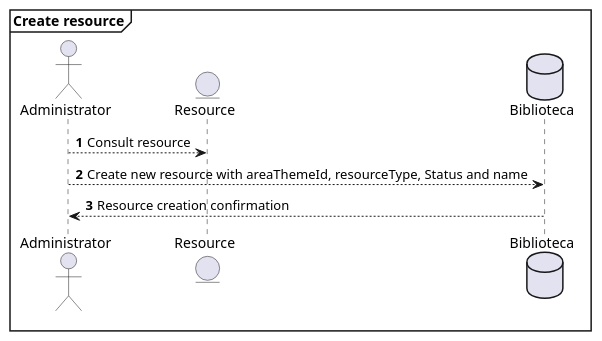
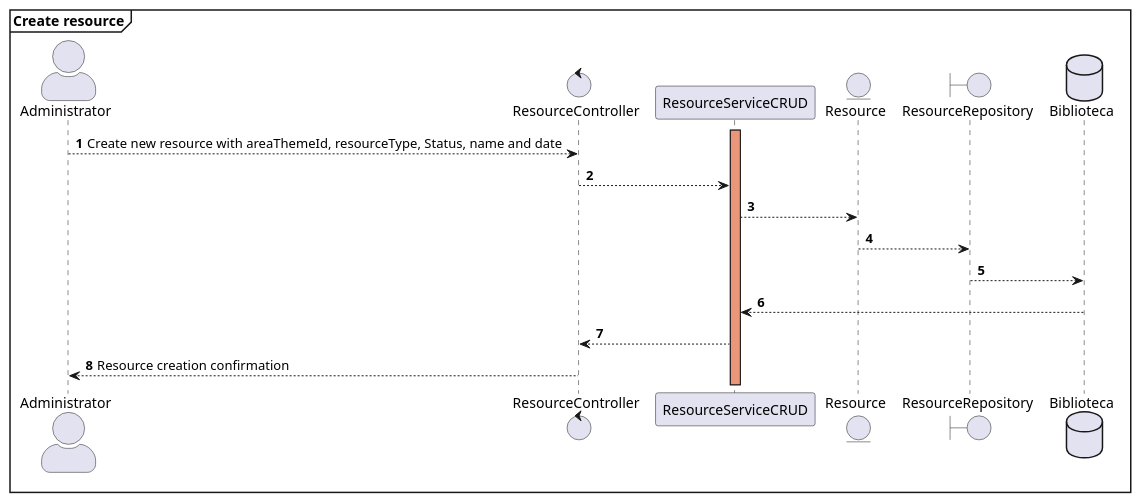
The diagram in src/main/java/com/example/biblioteca/DiagramsUML/CreateResourceDS.puml (Yurday/Biblioteca-SBMongoDB), drawn with PlantUML before and after one commit. The commit also changed 1 other file, not shown here.

Commit message:
Complementación de los Diagramas de secuencia

```diff
--- a/src/main/java/com/example/biblioteca/DiagramsUML/CreateResourceDS.puml
+++ b/src/main/java/com/example/biblioteca/DiagramsUML/CreateResourceDS.puml
@@ -1,15 +1,25 @@
 @startuml
 'https://plantuml.com/sequence-diagram
 
 autonumber
+skinparam actorStyle awesome
 mainframe **Create resource**
 
 actor Administrator
+control ResourceController
+participant "ResourceServiceCRUD" as ResourceServiceCRUD
+activate ResourceServiceCRUD #DarkSalmon
 entity Resource
+boundary ResourceRepository
 database Biblioteca
 
-Administrator --> Resource: Consult resource
-Administrator --> Biblioteca: Create new resource with areaThemeId, resourceType, Status and name
-Administrator <-- Biblioteca: Resource creation confirmation
+Administrator --> ResourceController: Create new resource with areaThemeId, resourceType, Status, name and date
+ResourceController-->ResourceServiceCRUD
+ResourceServiceCRUD-->Resource
+Resource-->ResourceRepository
+ResourceRepository-->Biblioteca
+Biblioteca-->ResourceServiceCRUD
+ResourceServiceCRUD-->ResourceController
+Administrator <-- ResourceController: Resource creation confirmation
 
 @enduml
```
